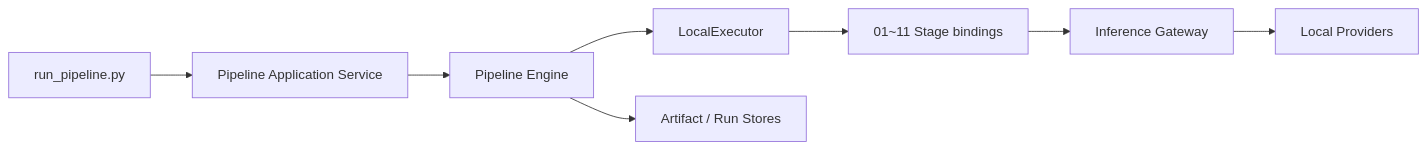
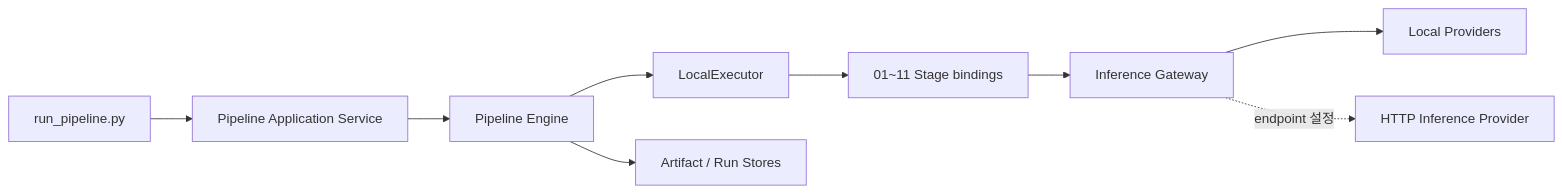
Before and after one commit to haesookimDev/video-preprocess: the diagram in README.md, drawn with Mermaid. The commit also changed other lines of this file and 20 other files, not shown here.

````diff
--- a/README.md
+++ b/README.md
@@ -11,10 +11,11 @@
 ```mermaid
 flowchart LR
     CLI[run_pipeline.py] --> APP[Pipeline Application Service]
     APP --> ENGINE[Pipeline Engine]
     ENGINE --> EXECUTOR[LocalExecutor]
     EXECUTOR --> STAGES[01~11 Stage bindings]
     STAGES --> GATEWAY[Inference Gateway]
     GATEWAY --> LOCAL[Local Providers]
+    GATEWAY -. endpoint 설정 .-> HTTP[HTTP Inference Provider]
     ENGINE --> STORES[Artifact / Run Stores]
 ```
````
